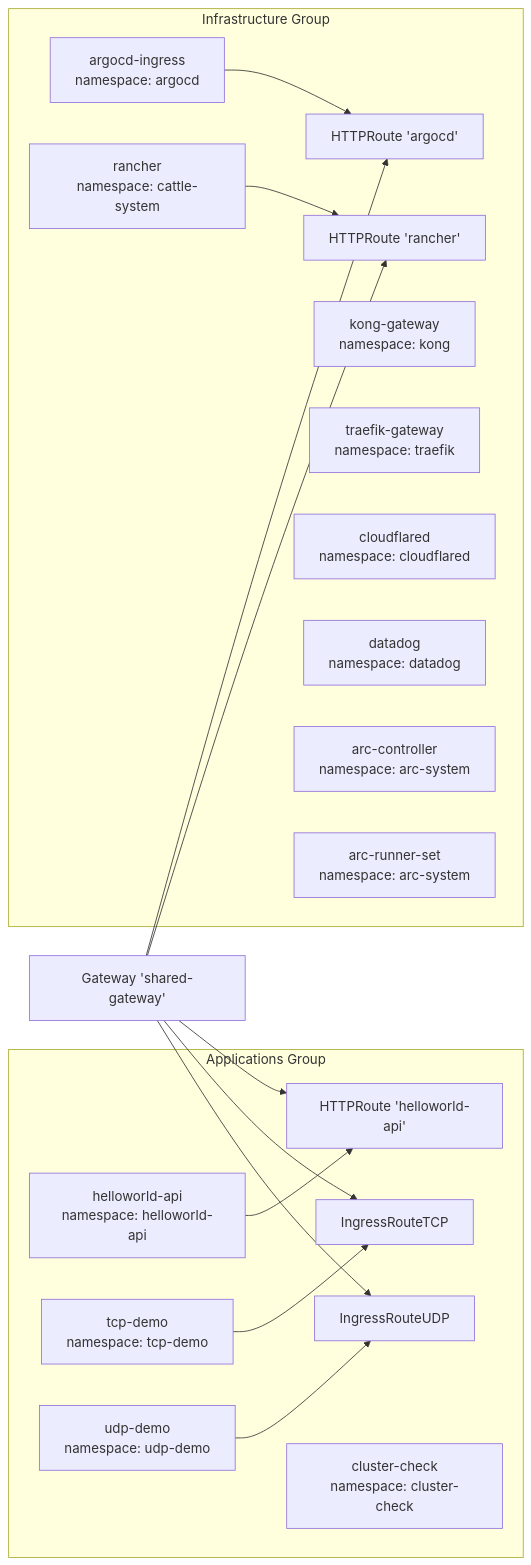
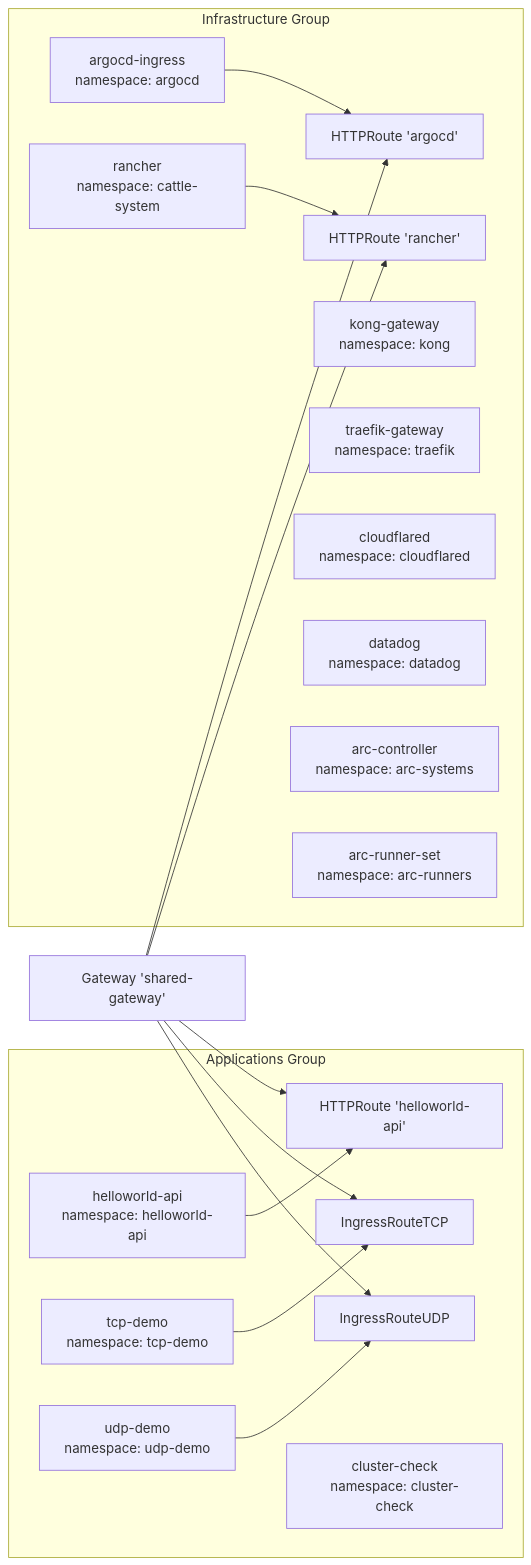
Before and after one commit to Hoangvu75/k8s_manifest: the sixth of 6 diagrams in .qoder/repowiki/en/content/Playground Applications/Playground Applications.md, drawn with Mermaid. The commit also changed other lines of this file and 3 other files, not shown here.

First line of the commit message:
docs(repowiki): update architecture, infrastructure, operational features, and playground docs

````diff
--- a/.qoder/repowiki/en/content/Playground Applications/Playground Applications.md
+++ b/.qoder/repowiki/en/content/Playground Applications/Playground Applications.md
@@ -342,24 +342,24 @@
 ```mermaid
 graph LR
 subgraph "Applications Group"
 HELLO["helloworld-api<br/>namespace: helloworld-api"] --> HELLOHR["HTTPRoute 'helloworld-api'"]
 TCPDEMO["tcp-demo<br/>namespace: tcp-demo"] --> TCPROUTE["IngressRouteTCP"]
 UDPDEMO["udp-demo<br/>namespace: udp-demo"] --> UDPROUTE["IngressRouteUDP"]
 CLUSTER["cluster-check<br/>namespace: cluster-check"]
 end
 subgraph "Infrastructure Group"
 ARGO["argocd-ingress<br/>namespace: argocd"] --> ARGOHR["HTTPRoute 'argocd'"]
 RANCH["rancher<br/>namespace: cattle-system"] --> RANCHHR["HTTPRoute 'rancher'"]
 KONG["kong-gateway<br/>namespace: kong"]
 TRADEFIK["traefik-gateway<br/>namespace: traefik"]
 CLOUDFLARE["cloudflared<br/>namespace: cloudflared"]
 DATADOG["datadog<br/>namespace: datadog"]
-ARCCTRL["arc-controller<br/>namespace: arc-system"]
-ARCRUNSET["arc-runner-set<br/>namespace: arc-system"]
+ARCCTRL["arc-controller<br/>namespace: arc-systems"]
+ARCRUNSET["arc-runner-set<br/>namespace: arc-runners"]
 end
 SharedGW["Gateway 'shared-gateway'"] --> ARGOHR
 SharedGW --> RANCHHR
 SharedGW --> HELLOHR
 SharedGW --> TCPROUTE
 SharedGW --> UDPROUTE
 ```
````
